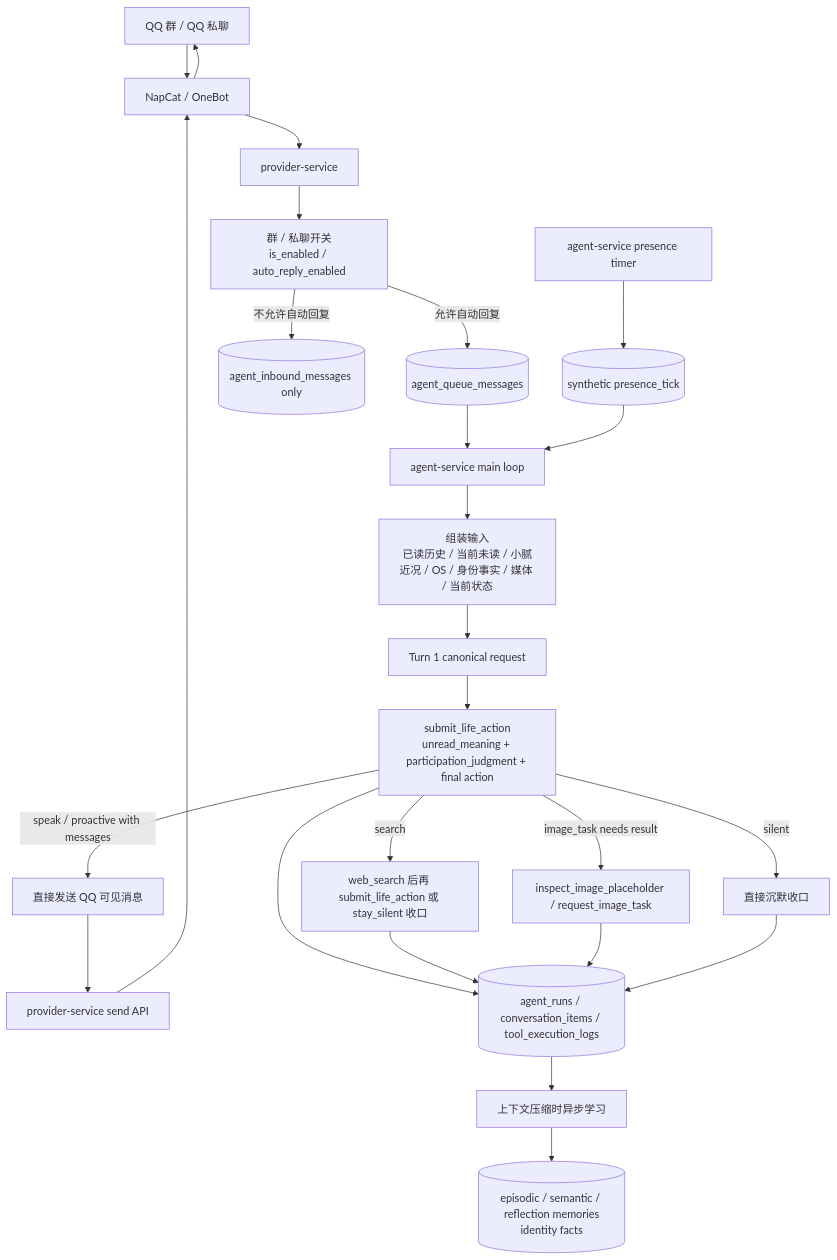
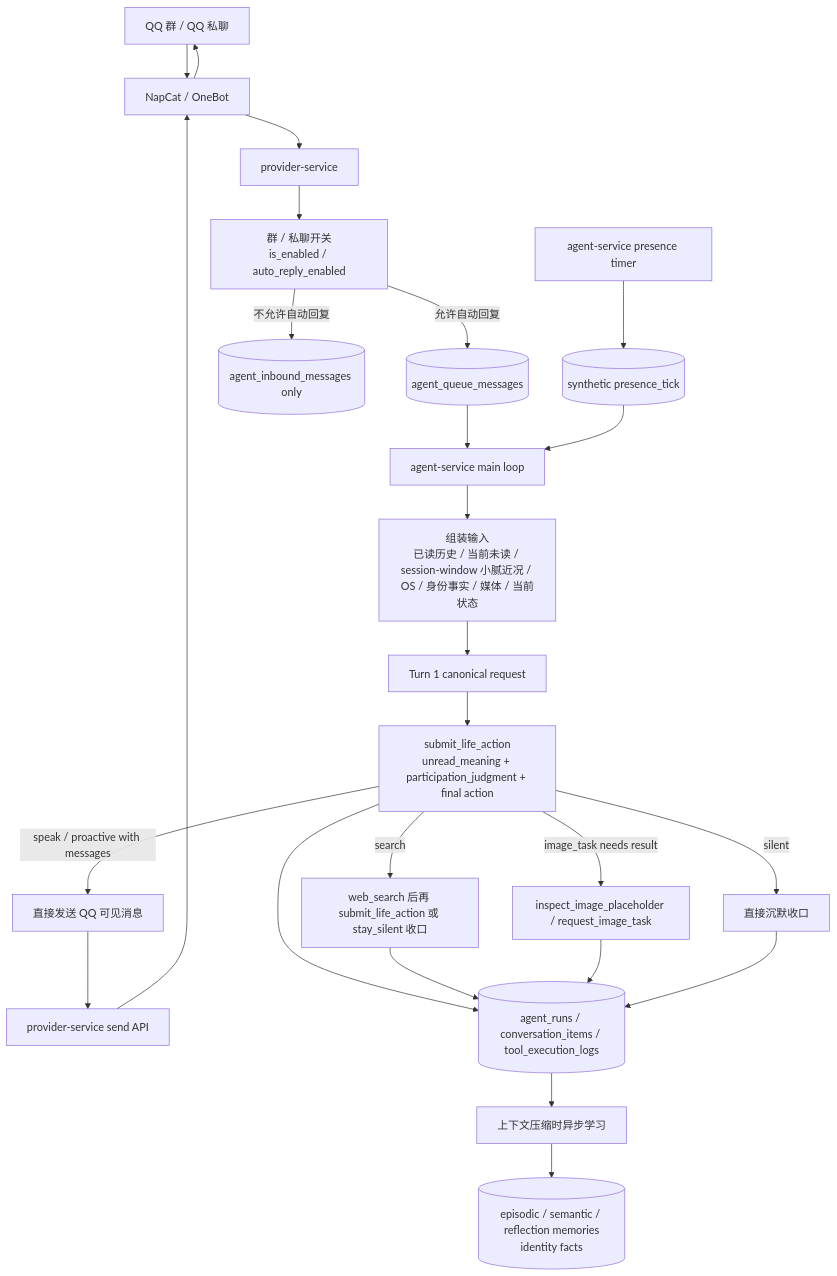
One commit to Hei-AI/xiaoni_cc changed the first of 3 diagrams in docs/XIAONI_SPEAKING_FLOW.md. Above: the diagram before and after it, drawn with Mermaid. The commit also changed other lines of this file and 12 other files, not shown here.

````diff
--- a/docs/XIAONI_SPEAKING_FLOW.md
+++ b/docs/XIAONI_SPEAKING_FLOW.md
@@ -13,32 +13,32 @@
 ```mermaid
 flowchart TD
   QQ[QQ 群 / QQ 私聊] --> NapCat[NapCat / OneBot]
   NapCat --> Provider[provider-service]
 
   Provider --> Policy[群 / 私聊开关<br/>is_enabled / auto_reply_enabled]
   Policy -->|允许自动回复| Queue[(agent_queue_messages)]
   Policy -->|不允许自动回复| InboxOnly[(agent_inbound_messages only)]
 
   Queue --> Loop[agent-service main loop]
-  Loop --> Context[组装输入<br/>已读历史 / 当前未读 / 小腻近况 / OS / 身份事实 / 媒体 / 当前状态]
+  Loop --> Context[组装输入<br/>已读历史 / 当前未读 / session-window 小腻近况 / OS / 身份事实 / 媒体 / 当前状态]
   Context --> Request[Turn 1 canonical request]
   Request --> LifeAction[submit_life_action<br/>unread_meaning + participation_judgment + final action]
 
   LifeAction -->|speak / proactive with messages| Send[直接发送 QQ 可见消息]
   LifeAction -->|silent| Silent[直接沉默收口]
   LifeAction -->|search| Search[web_search 后再 submit_life_action 或 stay_silent 收口]
   LifeAction -->|image_task needs result| ImageTools[inspect_image_placeholder / request_image_task]
 
   Send --> ProviderSend[provider-service send API]
   ProviderSend --> NapCat --> QQ
 
   LifeAction --> Record[(agent_runs / conversation_items / tool_execution_logs)]
   Search --> Record
   ImageTools --> Record
   Silent --> Record
   Record --> Learn[上下文压缩时异步学习]
   Learn --> Memory[(episodic / semantic / reflection memories<br/>identity facts)]
 
   AgentTimer[agent-service presence timer] --> PresenceQueue[(synthetic presence_tick)]
   PresenceQueue --> Loop
 ```
````
